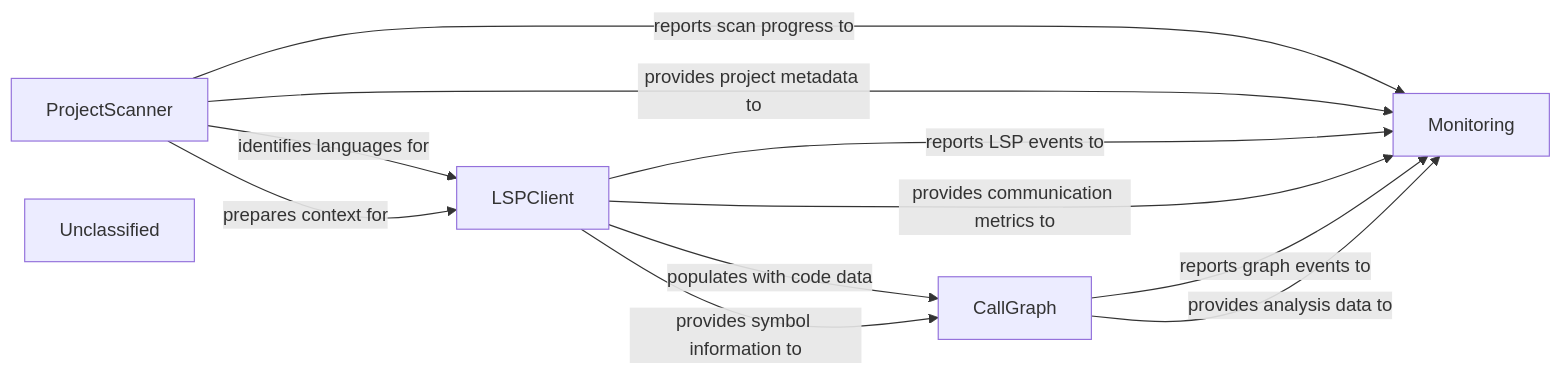
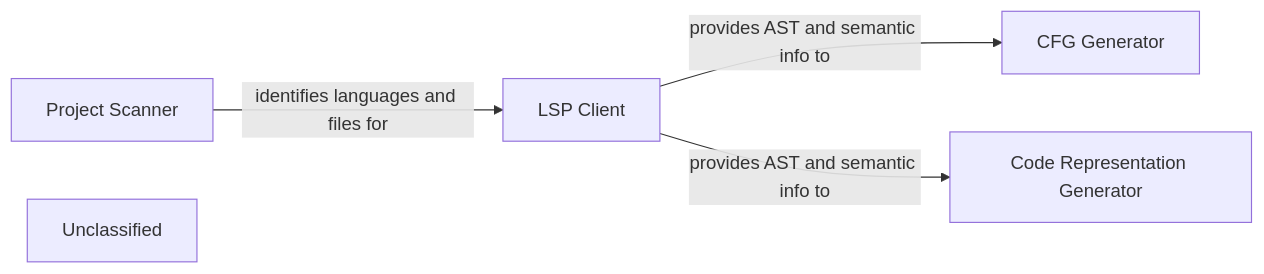
One commit to CodeBoarding/CodeBoarding changed the diagram in .codeboarding/Static_Analysis_Engine.md. Above: the diagram before and after it, drawn with Mermaid. The commit also changed other lines of this file and 21 other files, not shown here.

First line of the commit message:
docs: update codeboarding documentation and generate architecture

````diff
--- a/.codeboarding/Static_Analysis_Engine.md
+++ b/.codeboarding/Static_Analysis_Engine.md
@@ -1,18 +1,11 @@
 ```mermaid
 graph LR
-    ProjectScanner["ProjectScanner"]
-    LSPClient["LSPClient"]
-    CallGraph["CallGraph"]
-    Monitoring["Monitoring"]
+    Project_Scanner["Project Scanner"]
+    LSP_Client["LSP Client"]
+    CFG_Generator["CFG Generator"]
+    Code_Representation_Generator["Code Representation Generator"]
     Unclassified["Unclassified"]
-    ProjectScanner -- "identifies languages for" --> LSPClient
-    ProjectScanner -- "prepares context for" --> LSPClient
-    LSPClient -- "populates with code data" --> CallGraph
-    LSPClient -- "provides symbol information to" --> CallGraph
-    ProjectScanner -- "reports scan progress to" --> Monitoring
-    ProjectScanner -- "provides project metadata to" --> Monitoring
-    LSPClient -- "reports LSP events to" --> Monitoring
-    LSPClient -- "provides communication metrics to" --> Monitoring
-    CallGraph -- "reports graph events to" --> Monitoring
-    CallGraph -- "provides analysis data to" --> Monitoring
+    Project_Scanner -- "identifies languages and files for" --> LSP_Client
+    LSP_Client -- "provides AST and semantic info to" --> CFG_Generator
+    LSP_Client -- "provides AST and semantic info to" --> Code_Representation_Generator
 ```
````
